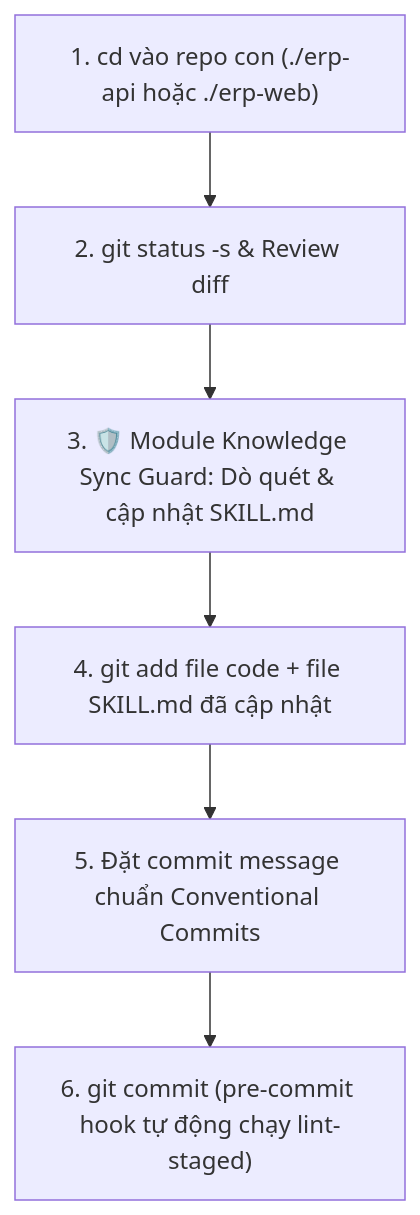
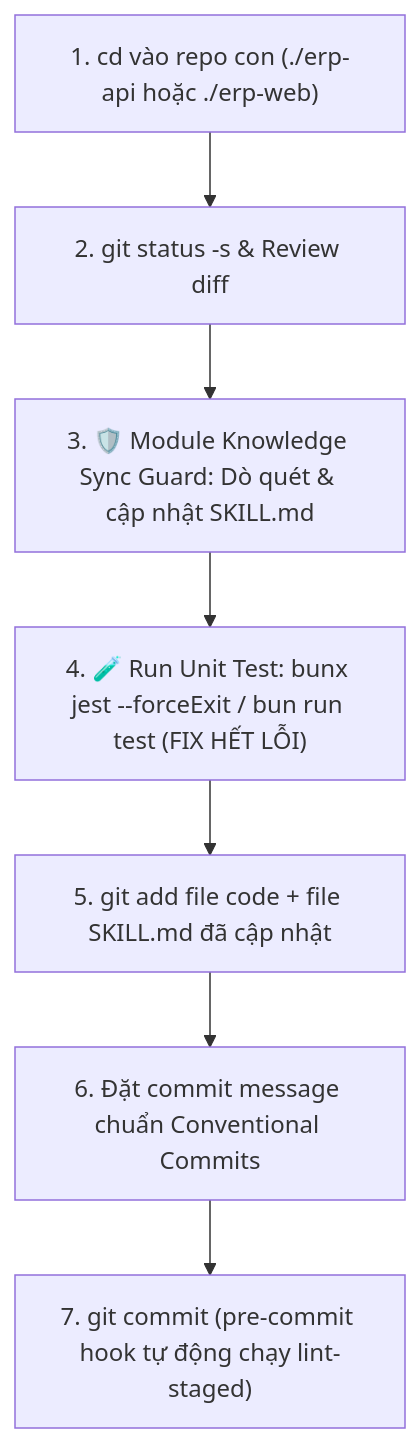
The first of 3 diagrams in .agents/skills/erp-git-workflow/SKILL.md (kindustries-erp/erp-web), drawn with Mermaid before and after one commit. The commit also changed other lines of this file, not shown here.

Commit message:
docs(workflow): cập nhật erp-git-workflow bắt buộc test trước khi commit và push

````diff
--- a/.agents/skills/erp-git-workflow/SKILL.md
+++ b/.agents/skills/erp-git-workflow/SKILL.md
@@ -37,8 +41,9 @@
 ```mermaid
 graph TD
     A["1. cd vào repo con (./erp-api hoặc ./erp-web)"] --> B["2. git status -s & Review diff"]
     B --> C["3. 🛡️ Module Knowledge Sync Guard: Dò quét & cập nhật SKILL.md"]
-    C --> D["4. git add file code + file SKILL.md đã cập nhật"]
-    D --> E["5. Đặt commit message chuẩn Conventional Commits"]
-    E --> F["6. git commit (pre-commit hook tự động chạy lint-staged)"]
+    C --> D["4. 🧪 Run Unit Test: bunx jest --forceExit / bun run test (FIX HẾT LỖI)"]
+    D --> E["5. git add file code + file SKILL.md đã cập nhật"]
+    E --> F["6. Đặt commit message chuẩn Conventional Commits"]
+    F --> G["7. git commit (pre-commit hook tự động chạy lint-staged)"]
 ```
````
